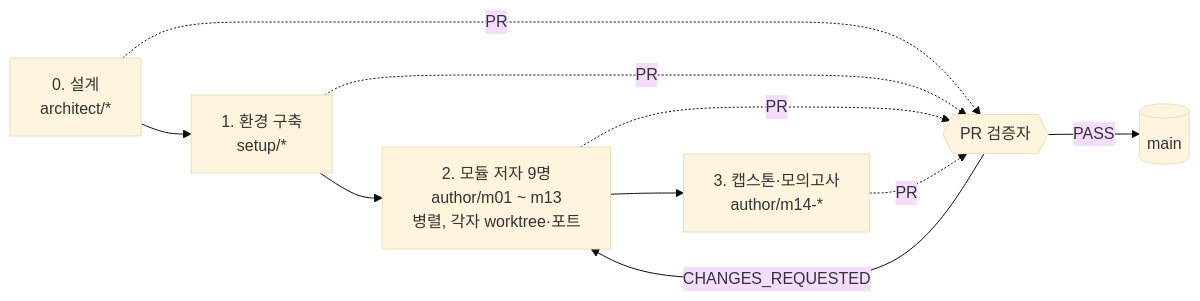
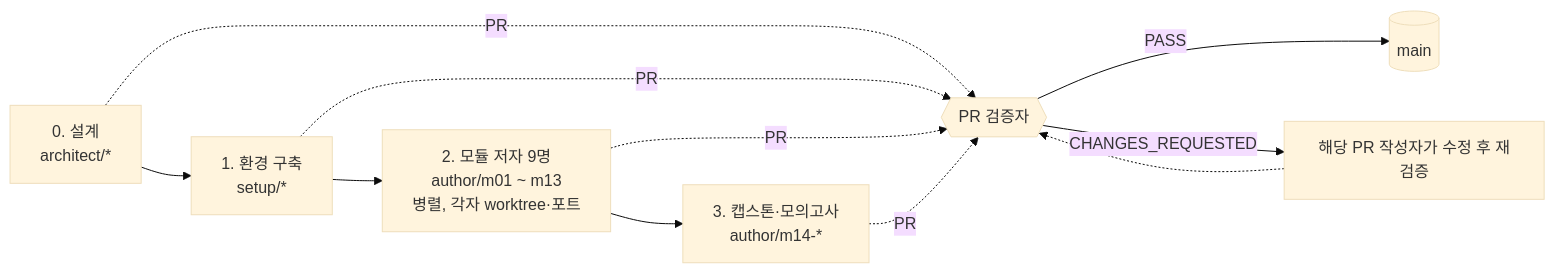
The diagram in docs/AGENTS.md (Ring-wdr/aws-newbie-guide), drawn with Mermaid (base theme) before and after one commit. The commit also changed 3 other files, not shown here.

````diff
--- a/docs/AGENTS.md
+++ b/docs/AGENTS.md
@@ -25,12 +25,13 @@
 ```mermaid
 flowchart LR
   A[0. 설계<br/>architect/*] --> B[1. 환경 구축<br/>setup/*]
   B --> C[2. 모듈 저자 9명<br/>author/m01 ~ m13<br/>병렬, 각자 worktree·포트]
   C --> D[3. 캡스톤·모의고사<br/>author/m14-*]
   A -. PR .-> V{{PR 검증자}}
   B -. PR .-> V
   C -. PR .-> V
   D -. PR .-> V
   V -- PASS --> M[(main)]
-  V -- CHANGES_REQUESTED --> C
+  V -- CHANGES_REQUESTED --> W[해당 PR 작성자가 수정 후 재검증]
+  W -.-> V
 ```
````
